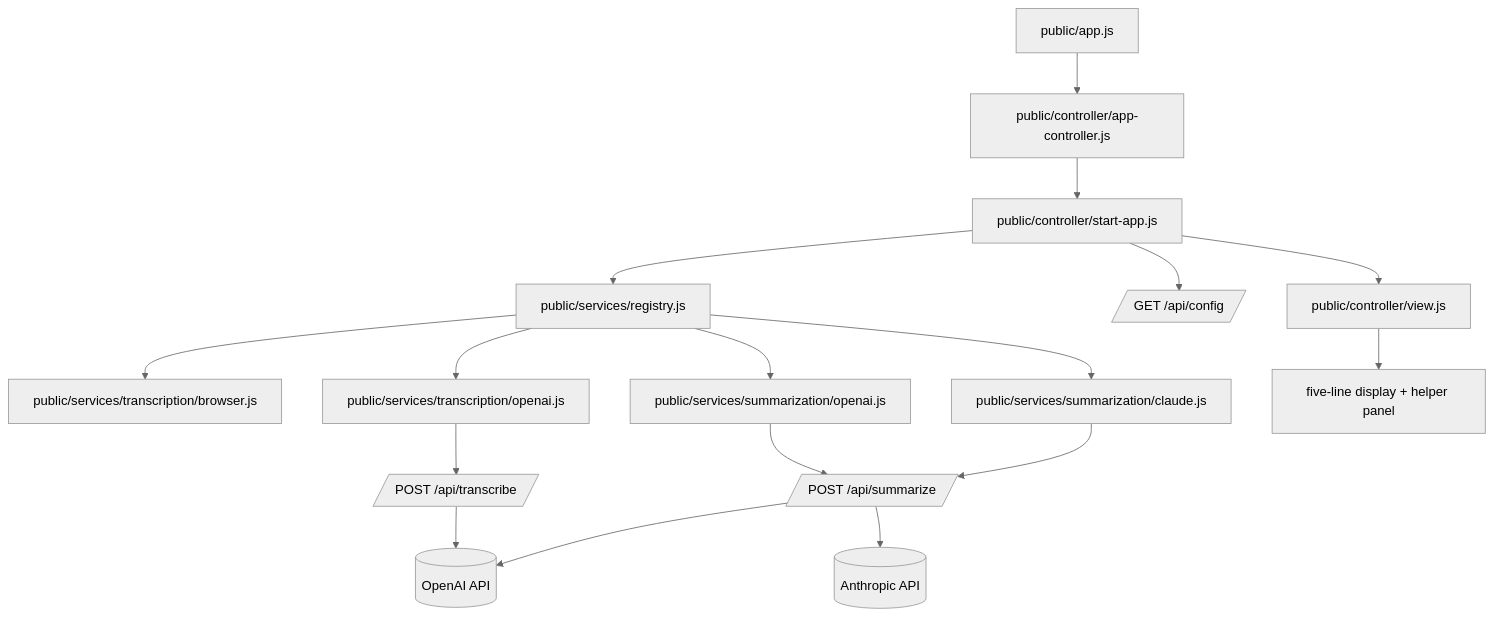
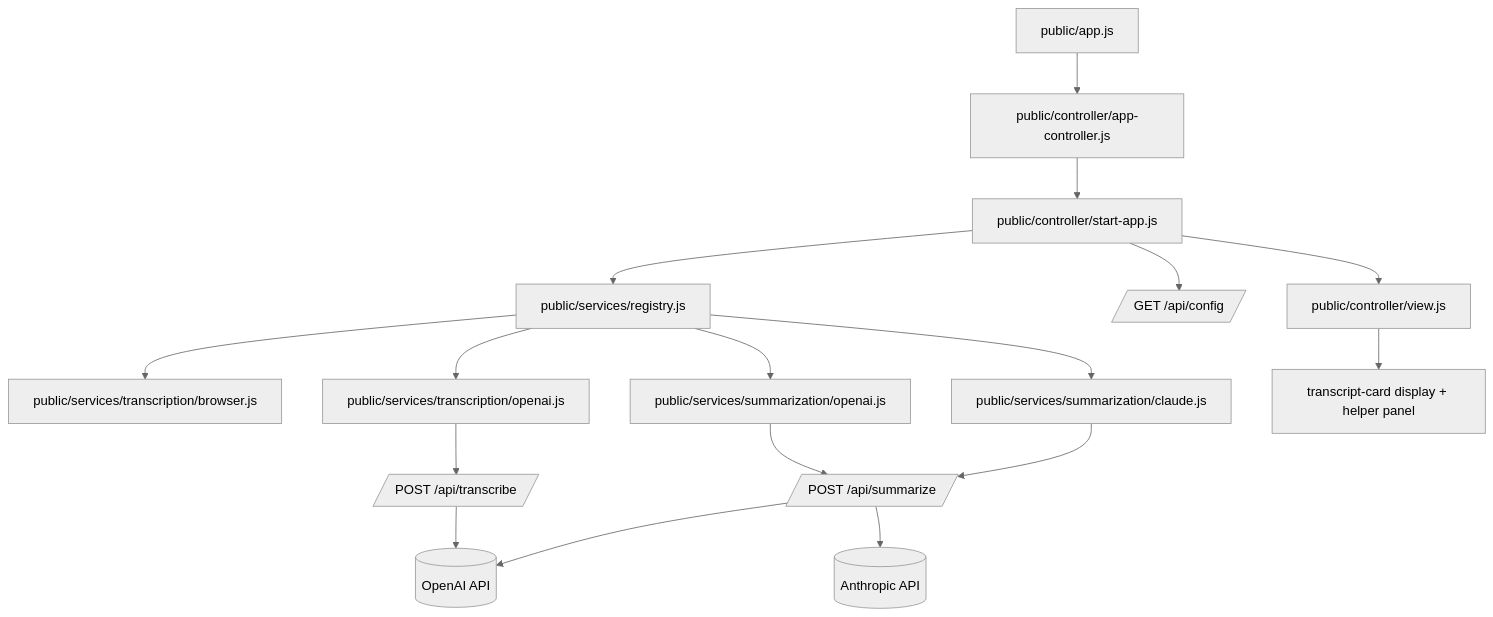
Before and after one commit to senigami/meeting-companion: the diagram in docs/02-system-architecture.md, drawn with Mermaid (neutral theme). The commit also changed other lines of this file and 32 other files, not shown here.

Commit message:
Refine transcript display and helper layout

````diff
--- a/docs/02-system-architecture.md
+++ b/docs/02-system-architecture.md
@@ -15,19 +15,19 @@
 ```mermaid
 graph TD
   Boot[public/app.js] --> Controller[public/controller/app-controller.js]
   Controller --> Runtime[public/controller/start-app.js]
   Runtime --> Registry[public/services/registry.js]
   Registry --> BrowserTx[public/services/transcription/browser.js]
   Registry --> OpenAITx[public/services/transcription/openai.js]
   Registry --> OpenAISummary[public/services/summarization/openai.js]
   Registry --> ClaudeSummary[public/services/summarization/claude.js]
   Runtime --> Config[/GET /api/config/]
   OpenAITx --> Transcribe[/POST /api/transcribe/]
   OpenAISummary --> Summarize[/POST /api/summarize/]
   ClaudeSummary --> Summarize
   Transcribe --> OpenAI[(OpenAI API)]
   Summarize --> OpenAI
   Summarize --> Claude[(Anthropic API)]
   Runtime --> View[public/controller/view.js]
-  View --> UIState[five-line display + helper panel]
+  View --> UIState[transcript-card display + helper panel]
 ```
````
